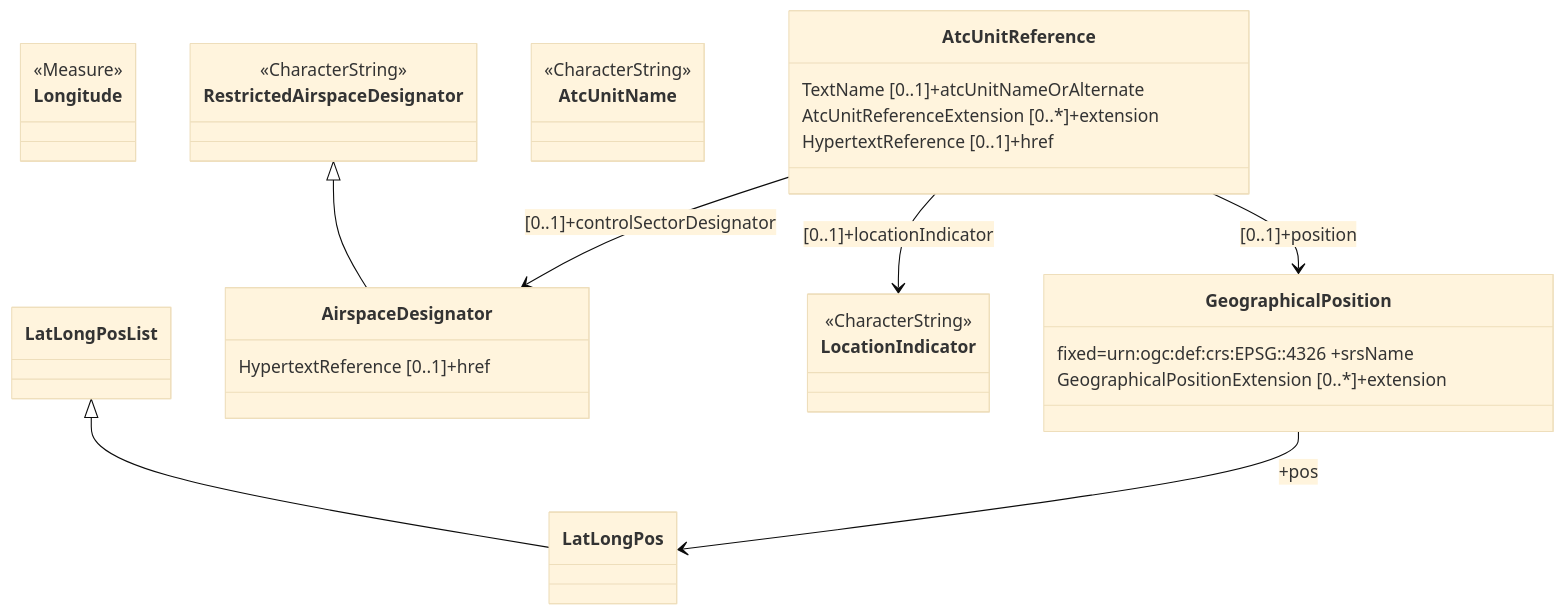
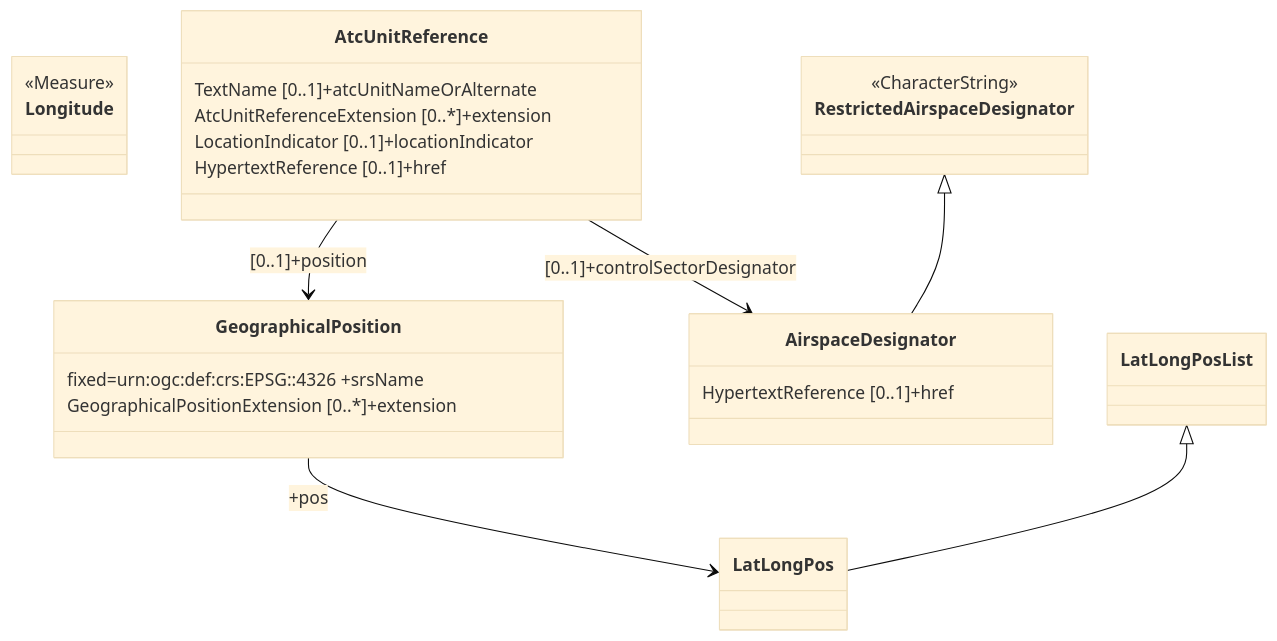
The third of 28 diagrams in docs/fixm/FIXM_UML_in_mermaid.md (hlepori/test_docsify), drawn with Mermaid (base theme) before and after one commit. The commit also changed other lines of this file, not shown here.

````diff
--- a/docs/fixm/FIXM_UML_in_mermaid.md
+++ b/docs/fixm/FIXM_UML_in_mermaid.md
@@ -94,35 +73,29 @@
 ```mermaid
 classDiagram
 class GeographicalPosition
 GeographicalPosition --> LatLongPos : +pos
 GeographicalPosition : fixed#61;urn#58;ogc#58;def#58;crs#58;EPSG#58;#58;4326 +srsName
 GeographicalPosition : GeographicalPositionExtension [0..*]+extension
 link GeographicalPosition "https://www.fixm.aero/releases/FIXM-4.2.0/doc/schema_documentation/Fixm_GeographicalPositionType.html" "Go to XML definition"
 class LatLongPos
 link LatLongPos "https://www.fixm.aero/releases/FIXM-4.2.0/doc/schema_documentation/Fixm_LatLongPosType.html" "Go to XML definition"
 class Longitude
 link Longitude "https://www.fixm.aero/releases/FIXM-4.2.0/doc/schema_documentation/Fixm_LongitudeType.html" "Go to XML definition"
 class RestrictedAirspaceDesignator
 link RestrictedAirspaceDesignator "https://www.fixm.aero/releases/FIXM-4.2.0/doc/schema_documentation/Fixm_RestrictedAirspaceDesignatorType.html" "Go to XML definition"
 class AirspaceDesignator
 AirspaceDesignator : HypertextReference [0..1]+href
 link AirspaceDesignator "https://www.fixm.aero/releases/FIXM-4.2.0/doc/schema_documentation/Fixm_AirspaceDesignatorType.html" "Go to XML definition"
-class AtcUnitName
-link AtcUnitName "https://www.fixm.aero/releases/FIXM-4.2.0/doc/schema_documentation/Fixm_AtcUnitNameType.html" "Go to XML definition"
 class AtcUnitReference
 AtcUnitReference : TextName [0..1]+atcUnitNameOrAlternate
 AtcUnitReference --> AirspaceDesignator : [0..1]+controlSectorDesignator
 AtcUnitReference : AtcUnitReferenceExtension [0..*]+extension
-AtcUnitReference --> LocationIndicator : [0..1]+locationIndicator
+AtcUnitReference : LocationIndicator [0..1]+locationIndicator
 AtcUnitReference --> GeographicalPosition : [0..1]+position
 AtcUnitReference : HypertextReference [0..1]+href
 link AtcUnitReference "https://www.fixm.aero/releases/FIXM-4.2.0/doc/schema_documentation/Fixm_AtcUnitReferenceType.html" "Go to XML definition"
-class LocationIndicator
-link LocationIndicator "https://www.fixm.aero/releases/FIXM-4.2.0/doc/schema_documentation/Fixm_LocationIndicatorType.html" "Go to XML definition"
 LatLongPosList <|-- LatLongPos
 <<Measure>>Longitude
 <<CharacterString>>RestrictedAirspaceDesignator
 RestrictedAirspaceDesignator <|-- AirspaceDesignator
-<<CharacterString>>AtcUnitName
-<<CharacterString>>LocationIndicator
 ```
````
